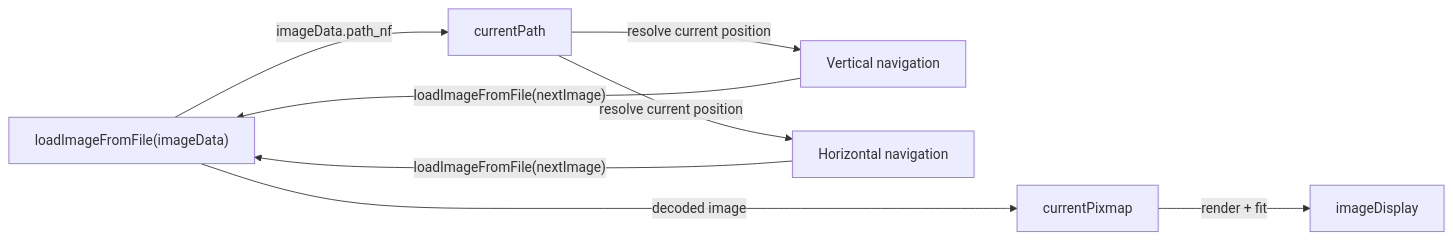
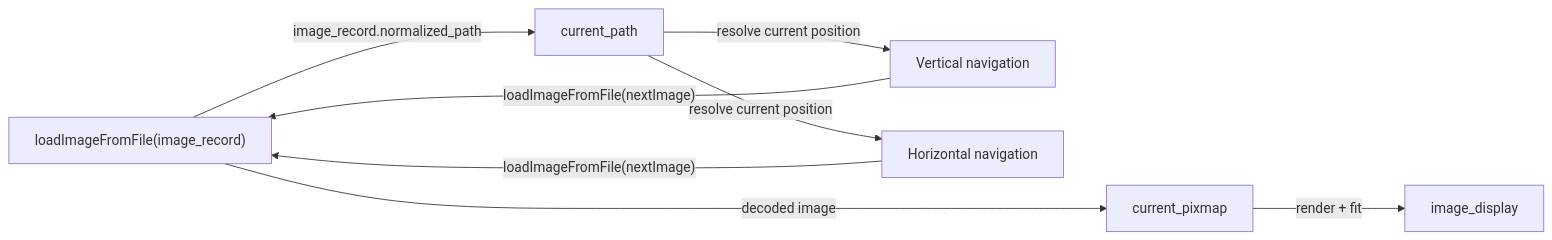
Before and after one commit to tanaga9/yee3: the second of 2 diagrams in SPEC.md, drawn with Mermaid. The commit also changed other lines of this file and 4 other files, not shown here.

````diff
--- a/SPEC.md
+++ b/SPEC.md
@@ -62,12 +62,12 @@
 ```mermaid
 flowchart LR
-    A["loadImageFromFile(imageData)"] -->|"imageData.path_nf"| B["currentPath"]
-    A ---->|"decoded image"| C["currentPixmap"]
-    C --->|"render + fit"| D["imageDisplay"]
+    A["loadImageFromFile(image_record)"] -->|"image_record.normalized_path"| B["current_path"]
+    A ---->|"decoded image"| C["current_pixmap"]
+    C --->|"render + fit"| D["image_display"]
 
     B -->|"resolve current position"| E["Vertical navigation"]
     B -->|"resolve current position"| F["Horizontal navigation"]
 
     E -->|"loadImageFromFile(nextImage)"| A
     F -->|"loadImageFromFile(nextImage)"| A
 ```
````
